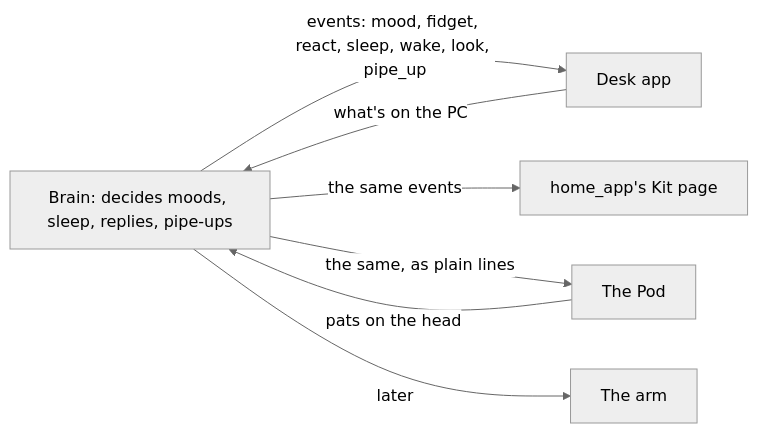
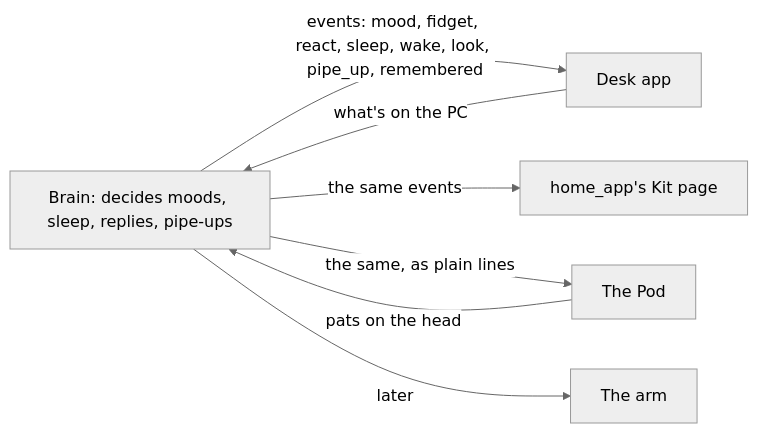
The diagram in docs/2 How Kit Works/Bodies.md (Senitage/Kit), drawn with Mermaid (neutral theme) before and after one commit. The commit also changed other lines of this file and 10 other files, not shown here.

````diff
--- a/docs/2 How Kit Works/Bodies.md
+++ b/docs/2 How Kit Works/Bodies.md
@@ -20,10 +20,10 @@
 ```mermaid
 flowchart LR
     Brain["Brain: decides moods, sleep, replies, pipe-ups"]
-    Brain -- "events: mood, fidget, react, sleep, wake, look, pipe_up" --> Desk["Desk app"]
+    Brain -- "events: mood, fidget, react, sleep, wake, look, pipe_up, remembered" --> Desk["Desk app"]
     Brain -- "the same events" --> Home["home_app's Kit page"]
     Brain -- "the same, as plain lines" --> Pod["The Pod"]
     Brain -- "later" --> Arm["The arm"]
     Desk -- "what's on the PC" --> Brain
     Pod -- "pats on the head" --> Brain
 ```
````
